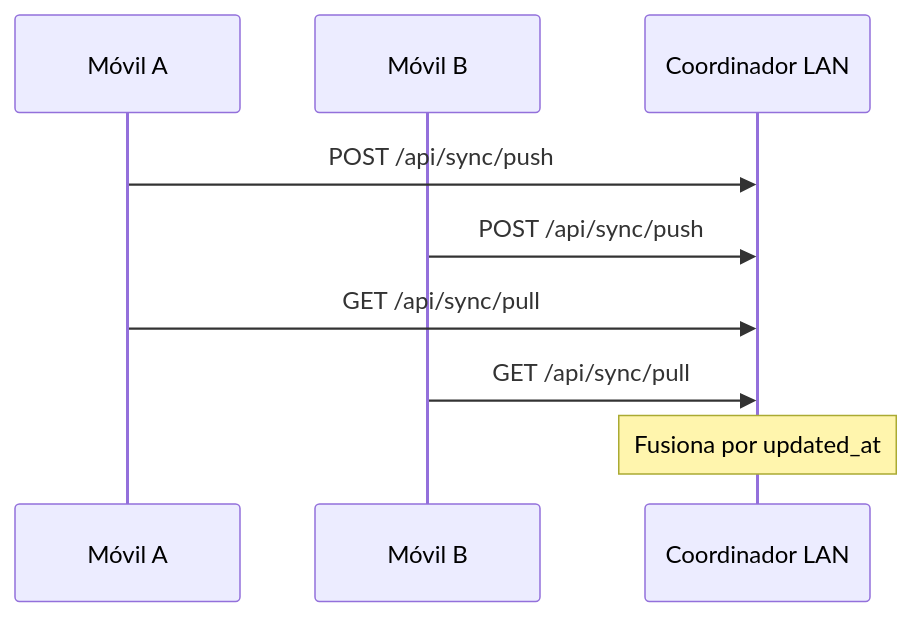
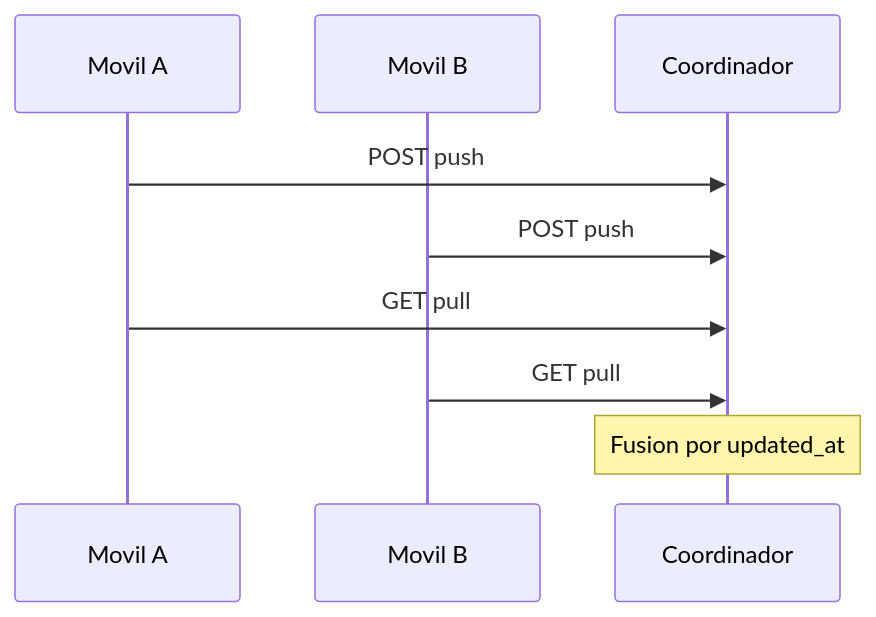
Before and after one commit to Andres12309/control-inventory: the third of 3 diagrams in README.md, drawn with Mermaid. The commit also changed other lines of this file, not shown here.

Commit message:
docs: README actualizado con arquitectura, CI y diagramas Mermaid compatibles

````diff
--- a/README.md
+++ b/README.md
@@ -140,12 +211,12 @@
 ```mermaid
 sequenceDiagram
-  participant M1 as Móvil A
-  participant M2 as Móvil B
-  participant S as Coordinador LAN
+  participant M1 as Movil A
+  participant M2 as Movil B
+  participant S as Coordinador
 
-  M1->>S: POST /api/sync/push
-  M2->>S: POST /api/sync/push
-  M1->>S: GET /api/sync/pull
-  M2->>S: GET /api/sync/pull
-  Note over S: Fusiona por updated_at
+  M1->>S: POST push
+  M2->>S: POST push
+  M1->>S: GET pull
+  M2->>S: GET pull
+  Note over S: Fusion por updated_at
 ```
````
